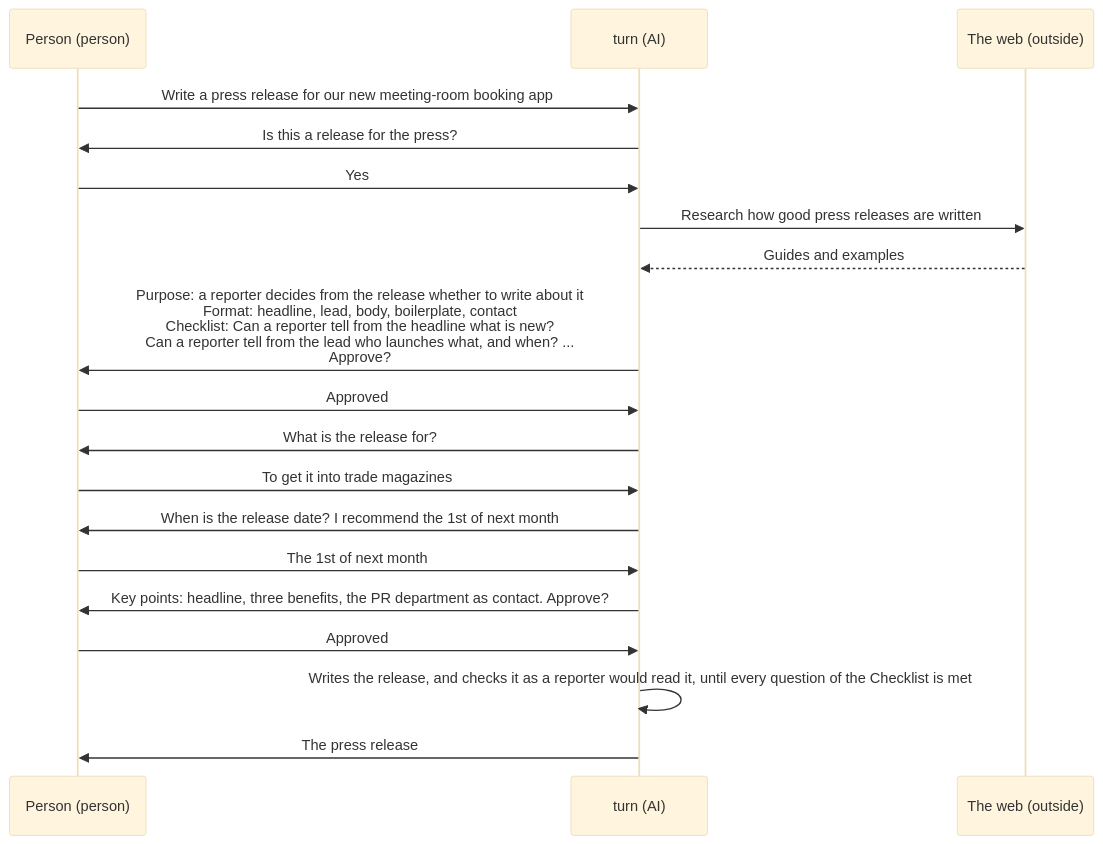
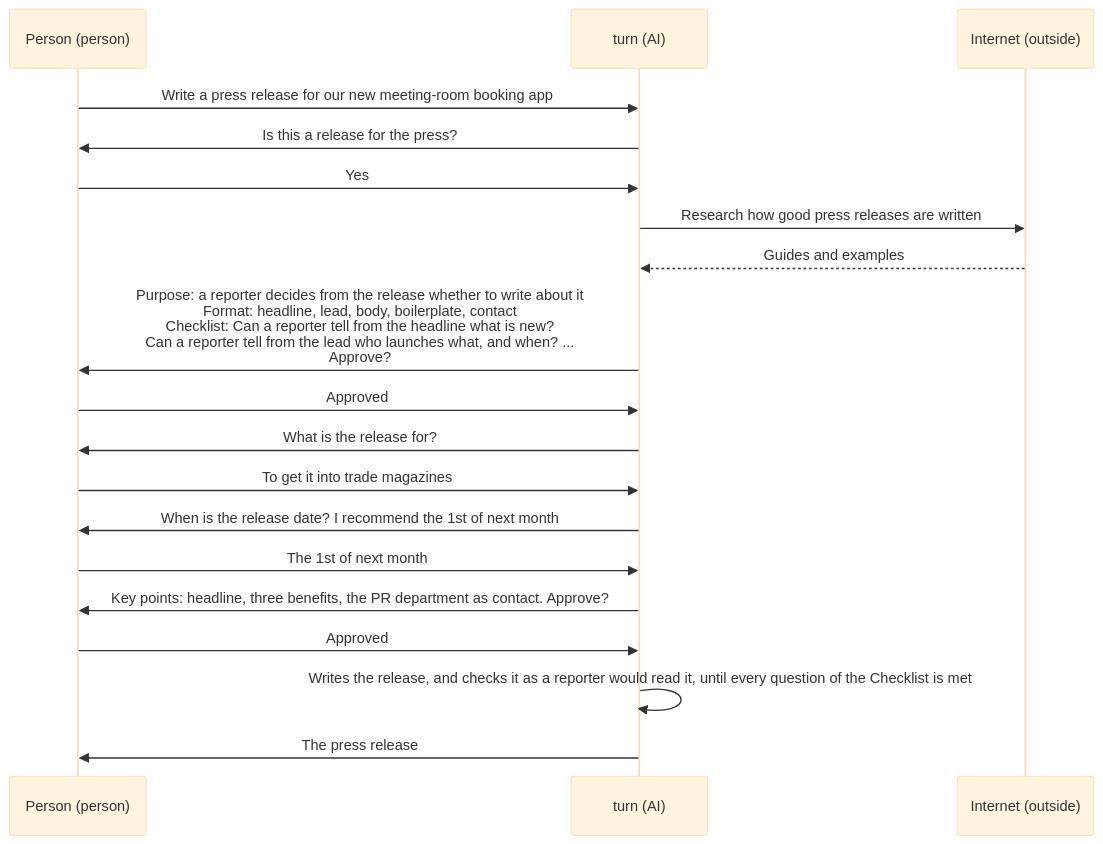
One commit to lovaizu/ccpm changed the diagram in dev/turn/ux.md. Above: the diagram before and after it, drawn with Mermaid (base theme). The commit also changed other lines of this file and 6 other files, not shown here.

First line of the commit message:
turn's architecture checked against a design tree settled by turn-rebuild.md; its deployment drawn where its text says

````diff
--- a/dev/turn/ux.md
+++ b/dev/turn/ux.md
@@ -22,21 +22,21 @@
 ```mermaid
 sequenceDiagram
   participant User as Person (person)
   participant turn as turn (AI)
-  participant Web as The web (outside)
+  participant Web as Internet (outside)
   User->>turn: Write a press release for our new meeting-room booking app
   turn->>User: Is this a release for the press?
   User->>turn: Yes
   turn->>Web: Research how good press releases are written
   Web-->>turn: Guides and examples
   turn->>User: Purpose: a reporter decides from the release whether to write about it<br/>Format: headline, lead, body, boilerplate, contact<br/>Checklist: Can a reporter tell from the headline what is new?<br/>Can a reporter tell from the lead who launches what, and when? ...<br/>Approve?
   User->>turn: Approved
   turn->>User: What is the release for?
   User->>turn: To get it into trade magazines
   turn->>User: When is the release date? I recommend the 1st of next month
   User->>turn: The 1st of next month
   turn->>User: Key points: headline, three benefits, the PR department as contact. Approve?
   User->>turn: Approved
   turn->>turn: Writes the release, and checks it as a reporter would read it, until every question of the Checklist is met
   turn->>User: The press release
 ```
````
